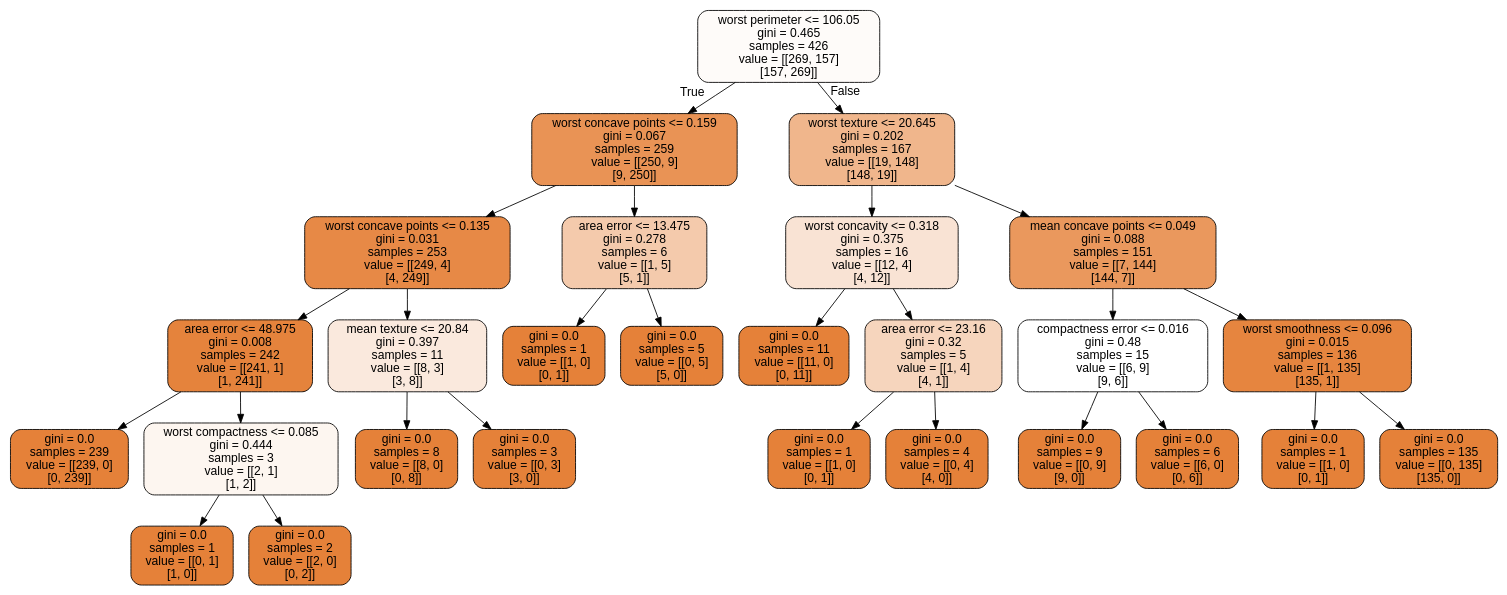
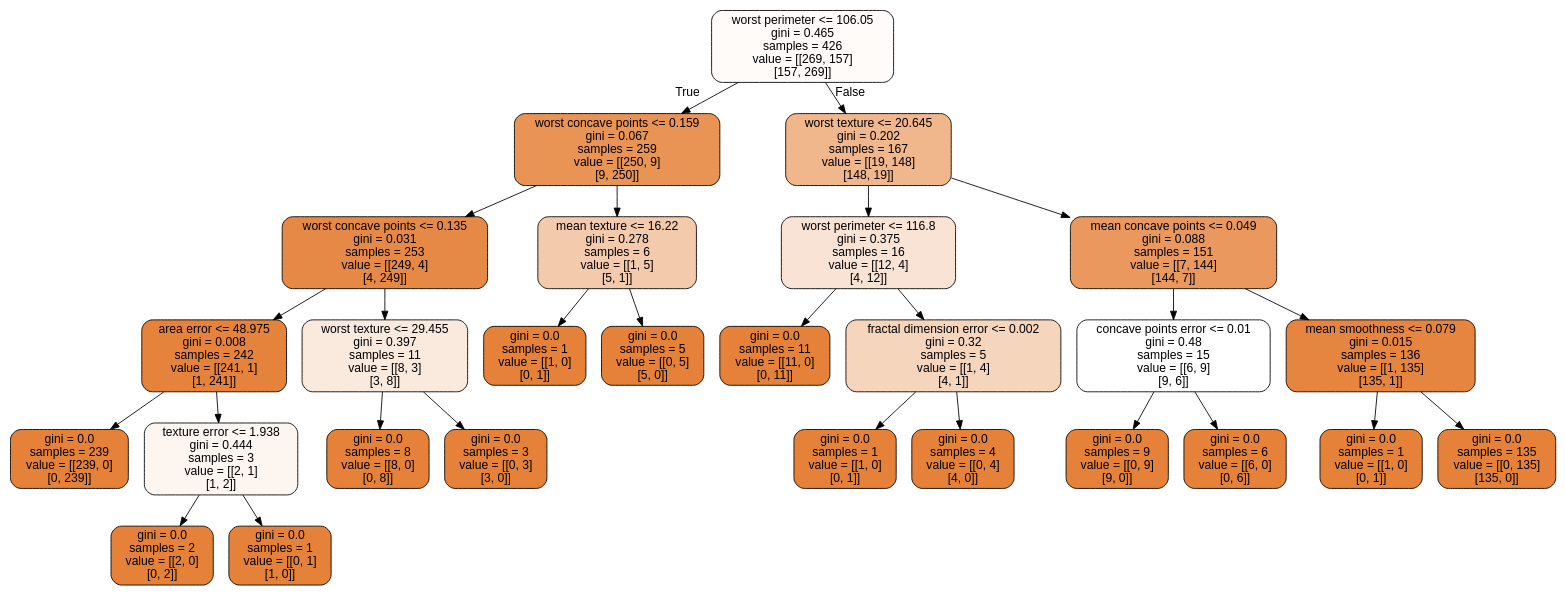
The diagram in doc/LectureNotes/DataFiles/cancer.dot (CompPhysics/MachineLearning), drawn with Graphviz before and after one commit. The commit also changed 344 other files, not shown here.

```diff
--- a/doc/LectureNotes/DataFiles/cancer.dot
+++ b/doc/LectureNotes/DataFiles/cancer.dot
@@ -1,57 +1,57 @@
 digraph Tree {
 node [shape=box, style="filled, rounded", color="black", fontname="helvetica"] ;
 edge [fontname="helvetica"] ;
 0 [label="worst perimeter <= 106.05\ngini = 0.465\nsamples = 426\nvalue = [[269, 157]\n[157, 269]]", fillcolor="#fefbf9"] ;
 1 [label="worst concave points <= 0.159\ngini = 0.067\nsamples = 259\nvalue = [[250, 9]\n[9, 250]]", fillcolor="#e99355"] ;
 0 -> 1 [labeldistance=2.5, labelangle=45, headlabel="True"] ;
 2 [label="worst concave points <= 0.135\ngini = 0.031\nsamples = 253\nvalue = [[249, 4]\n[4, 249]]", fillcolor="#e78946"] ;
 1 -> 2 ;
 3 [label="area error <= 48.975\ngini = 0.008\nsamples = 242\nvalue = [[241, 1]\n[1, 241]]", fillcolor="#e5833c"] ;
 2 -> 3 ;
 4 [label="gini = 0.0\nsamples = 239\nvalue = [[239, 0]\n[0, 239]]", fillcolor="#e58139"] ;
 3 -> 4 ;
-5 [label="worst compactness <= 0.085\ngini = 0.444\nsamples = 3\nvalue = [[2, 1]\n[1, 2]]", fillcolor="#fdf6f0"] ;
+5 [label="texture error <= 1.938\ngini = 0.444\nsamples = 3\nvalue = [[2, 1]\n[1, 2]]", fillcolor="#fdf6f0"] ;
 3 -> 5 ;
-6 [label="gini = 0.0\nsamples = 1\nvalue = [[0, 1]\n[1, 0]]", fillcolor="#e58139"] ;
+6 [label="gini = 0.0\nsamples = 2\nvalue = [[2, 0]\n[0, 2]]", fillcolor="#e58139"] ;
 5 -> 6 ;
-7 [label="gini = 0.0\nsamples = 2\nvalue = [[2, 0]\n[0, 2]]", fillcolor="#e58139"] ;
+7 [label="gini = 0.0\nsamples = 1\nvalue = [[0, 1]\n[1, 0]]", fillcolor="#e58139"] ;
 5 -> 7 ;
-8 [label="mean texture <= 20.84\ngini = 0.397\nsamples = 11\nvalue = [[8, 3]\n[3, 8]]", fillcolor="#fae9dd"] ;
+8 [label="worst texture <= 29.455\ngini = 0.397\nsamples = 11\nvalue = [[8, 3]\n[3, 8]]", fillcolor="#fae9dd"] ;
 2 -> 8 ;
 9 [label="gini = 0.0\nsamples = 8\nvalue = [[8, 0]\n[0, 8]]", fillcolor="#e58139"] ;
 8 -> 9 ;
 10 [label="gini = 0.0\nsamples = 3\nvalue = [[0, 3]\n[3, 0]]", fillcolor="#e58139"] ;
 8 -> 10 ;
-11 [label="area error <= 13.475\ngini = 0.278\nsamples = 6\nvalue = [[1, 5]\n[5, 1]]", fillcolor="#f4caac"] ;
+11 [label="mean texture <= 16.22\ngini = 0.278\nsamples = 6\nvalue = [[1, 5]\n[5, 1]]", fillcolor="#f4caac"] ;
 1 -> 11 ;
 12 [label="gini = 0.0\nsamples = 1\nvalue = [[1, 0]\n[0, 1]]", fillcolor="#e58139"] ;
 11 -> 12 ;
 13 [label="gini = 0.0\nsamples = 5\nvalue = [[0, 5]\n[5, 0]]", fillcolor="#e58139"] ;
 11 -> 13 ;
 14 [label="worst texture <= 20.645\ngini = 0.202\nsamples = 167\nvalue = [[19, 148]\n[148, 19]]", fillcolor="#f0b68c"] ;
 0 -> 14 [labeldistance=2.5, labelangle=-45, headlabel="False"] ;
-15 [label="worst concavity <= 0.318\ngini = 0.375\nsamples = 16\nvalue = [[12, 4]\n[4, 12]]", fillcolor="#f9e3d4"] ;
+15 [label="worst perimeter <= 116.8\ngini = 0.375\nsamples = 16\nvalue = [[12, 4]\n[4, 12]]", fillcolor="#f9e3d4"] ;
 14 -> 15 ;
 16 [label="gini = 0.0\nsamples = 11\nvalue = [[11, 0]\n[0, 11]]", fillcolor="#e58139"] ;
 15 -> 16 ;
-17 [label="area error <= 23.16\ngini = 0.32\nsamples = 5\nvalue = [[1, 4]\n[4, 1]]", fillcolor="#f6d5bd"] ;
+17 [label="fractal dimension error <= 0.002\ngini = 0.32\nsamples = 5\nvalue = [[1, 4]\n[4, 1]]", fillcolor="#f6d5bd"] ;
 15 -> 17 ;
 18 [label="gini = 0.0\nsamples = 1\nvalue = [[1, 0]\n[0, 1]]", fillcolor="#e58139"] ;
 17 -> 18 ;
 19 [label="gini = 0.0\nsamples = 4\nvalue = [[0, 4]\n[4, 0]]", fillcolor="#e58139"] ;
 17 -> 19 ;
 20 [label="mean concave points <= 0.049\ngini = 0.088\nsamples = 151\nvalue = [[7, 144]\n[144, 7]]", fillcolor="#ea985d"] ;
 14 -> 20 ;
-21 [label="compactness error <= 0.016\ngini = 0.48\nsamples = 15\nvalue = [[6, 9]\n[9, 6]]", fillcolor="#ffffff"] ;
+21 [label="concave points error <= 0.01\ngini = 0.48\nsamples = 15\nvalue = [[6, 9]\n[9, 6]]", fillcolor="#ffffff"] ;
 20 -> 21 ;
 22 [label="gini = 0.0\nsamples = 9\nvalue = [[0, 9]\n[9, 0]]", fillcolor="#e58139"] ;
 21 -> 22 ;
 23 [label="gini = 0.0\nsamples = 6\nvalue = [[6, 0]\n[0, 6]]", fillcolor="#e58139"] ;
 21 -> 23 ;
-24 [label="worst smoothness <= 0.096\ngini = 0.015\nsamples = 136\nvalue = [[1, 135]\n[135, 1]]", fillcolor="#e6853f"] ;
+24 [label="mean smoothness <= 0.079\ngini = 0.015\nsamples = 136\nvalue = [[1, 135]\n[135, 1]]", fillcolor="#e6853f"] ;
 20 -> 24 ;
 25 [label="gini = 0.0\nsamples = 1\nvalue = [[1, 0]\n[0, 1]]", fillcolor="#e58139"] ;
 24 -> 25 ;
 26 [label="gini = 0.0\nsamples = 135\nvalue = [[0, 135]\n[135, 0]]", fillcolor="#e58139"] ;
 24 -> 26 ;
 }
```
